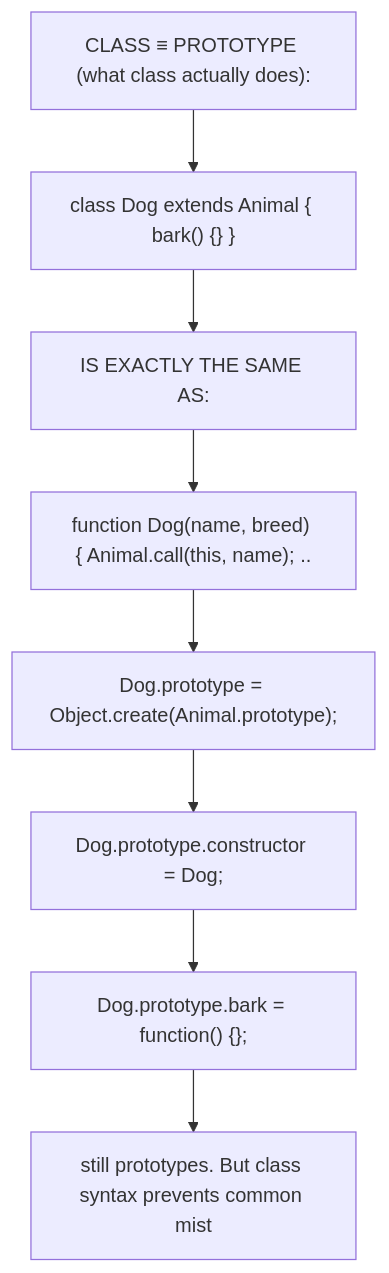
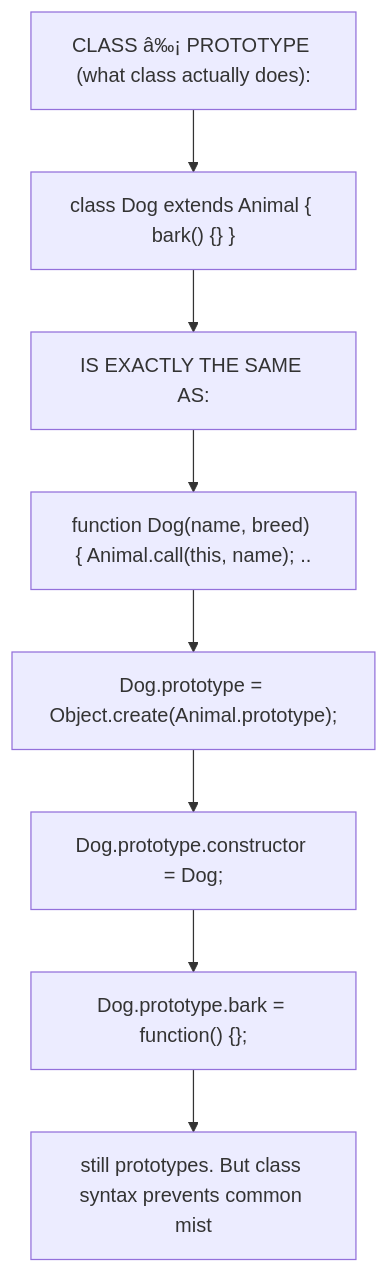
One commit to SaiHarsha502vvit/Daily-Prep changed the fifth of 7 diagrams in 16_JavaScript/03_JS_Objects_Prototypes.md. Above: the diagram before and after it, drawn with Mermaid. The commit also changed other lines of this file and 256 other files, not shown here.

````diff
--- a/16_JavaScript/03_JS_Objects_Prototypes.md
+++ b/16_JavaScript/03_JS_Objects_Prototypes.md
@@ -445,18 +445,18 @@
 ```mermaid
 flowchart TD
-    N1["CLASS ≡ PROTOTYPE (what class actually does):"]
+    N1["CLASS â‰¡ PROTOTYPE (what class actually does):"]
     N2["class Dog extends Animal { bark() {} }"]
     N3["IS EXACTLY THE SAME AS:"]
     N4["function Dog(name, breed) { Animal.call(this, name); .."]
     N5["Dog.prototype = Object.create(Animal.prototype);"]
     N6["Dog.prototype.constructor = Dog;"]
     N7["Dog.prototype.bark = function() {};"]
     N8["still prototypes. But class syntax prevents common mist"]
     N1 --> N2
     N2 --> N3
     N3 --> N4
     N4 --> N5
     N5 --> N6
     N6 --> N7
     N7 --> N8
 ```
````
